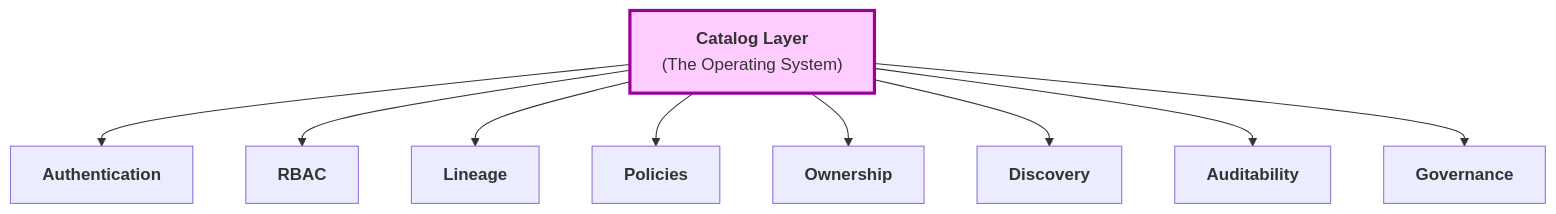
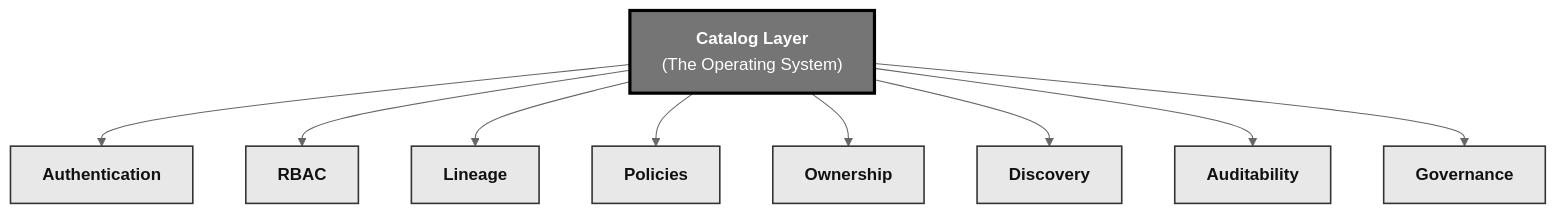
The fourth of 7 diagrams in _topics/modern-containerized-open-data-stack.md (rilov/handbook), drawn with Mermaid before and after one commit. The commit also changed other lines of this file, not shown here.

Commit message:
Update mermaid diagrams to grayscale with larger readable fonts

```diff
--- a/_topics/modern-containerized-open-data-stack.md
+++ b/_topics/modern-containerized-open-data-stack.md
@@ -193,13 +204,16 @@
 <div class="mermaid">
+%%{init: {'theme':'neutral', 'themeVariables': {'fontSize':'16px', 'fontFamily':'Helvetica, Arial, sans-serif'}}}%%
 graph TD
     CAT["<b>Catalog Layer</b><br/>(The Operating System)"]
     CAT --> AUTH["<b>Authentication</b>"]
     CAT --> RBAC["<b>RBAC</b>"]
     CAT --> LIN["<b>Lineage</b>"]
     CAT --> POL["<b>Policies</b>"]
     CAT --> OWN["<b>Ownership</b>"]
     CAT --> DISC["<b>Discovery</b>"]
     CAT --> AUD["<b>Auditability</b>"]
     CAT --> GOV["<b>Governance</b>"]
-    style CAT fill:#fcf,stroke:#909,stroke-width:3px
+    classDef gray fill:#e8e8e8,stroke:#333,stroke-width:1.5px,color:#111
+    class AUTH,RBAC,LIN,POL,OWN,DISC,AUD,GOV gray
+    style CAT fill:#757575,stroke:#000,stroke-width:3px,color:#fff
 </div>
```
